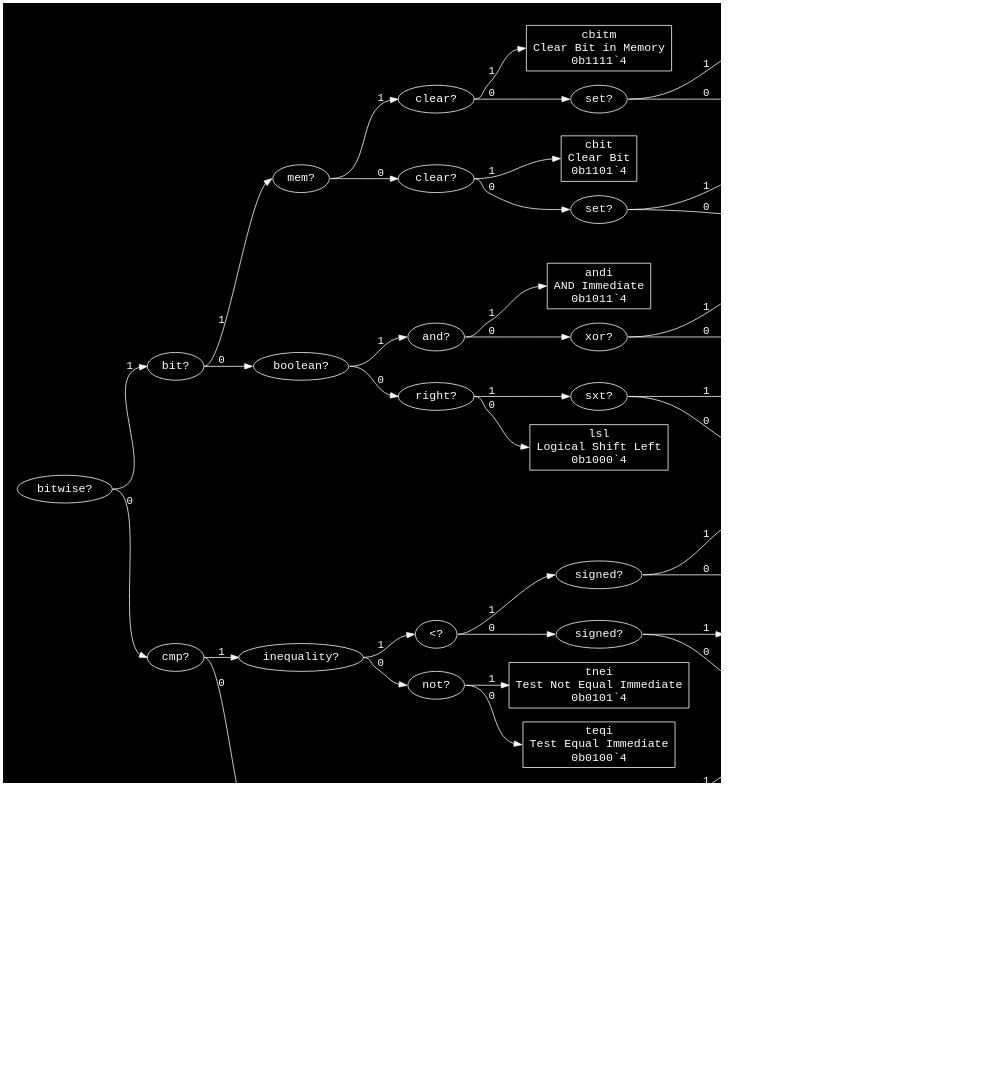
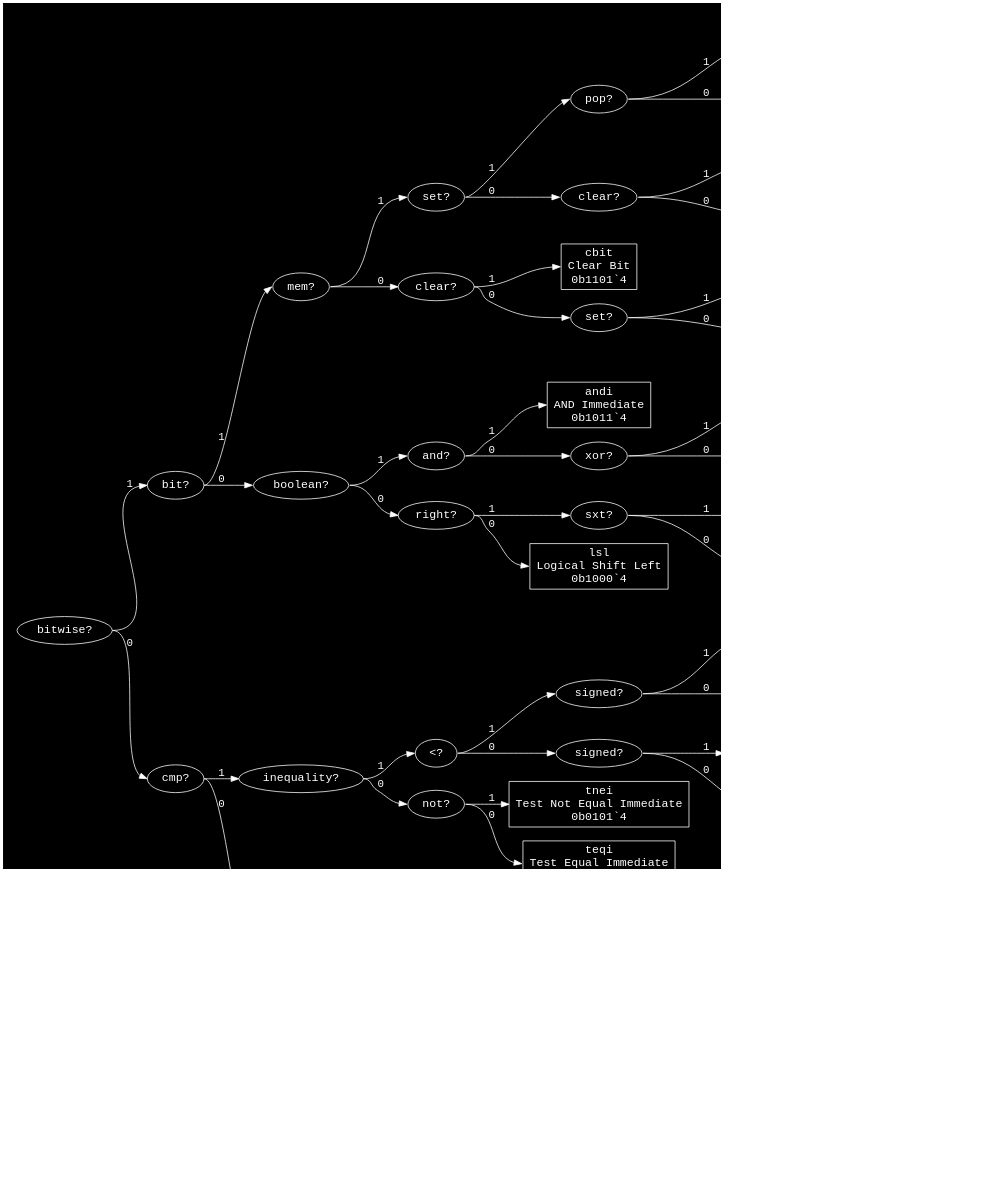
One commit to eignnx/SPRIND changed the diagram in assets/graphs/ri(1).dot. Above: the diagram before and after it, drawn with Graphviz. The commit also changed 12 other files, not shown here.

```diff
--- a/assets/graphs/ri(1).dot
+++ b/assets/graphs/ri(1).dot
@@ -1,102 +1,106 @@
 digraph "Format ri(1)" {
   graph [dpi = 100, bgcolor="#111", fontcolor="white", rankdir=LR, pad="0.25"];
   node [fontname = "Courier", fontsize="15pt", color="white", fontcolor="white"];
   edge [fontname = "Courier", color="white", fontcolor="white"];
-  "bitwise_6085629" [label = "bitwise?", shape = ellipse];
-  "bitwise_6085629":e -> "bit_11592273":w [label = "1"];
-  "bitwise_6085629":e -> "cmp_2275342":w [label = "0"];
-  "bit_11592273" [label = "bit?", shape = ellipse];
-  "bit_11592273":e -> "mem_8965213":w [label = "1"];
-  "bit_11592273":e -> "boolean_6191383":w [label = "0"];
-  "mem_8965213" [label = "mem?", shape = ellipse];
-  "mem_8965213":e -> "clear_3042620":w [label = "1"];
-  "mem_8965213":e -> "clear_7702689":w [label = "0"];
-  "clear_3042620" [label = "clear?", shape = ellipse];
-  "clear_3042620":e -> "cbitm_5508826":w [label = "1"];
-  "clear_3042620":e -> "set_7736431":w [label = "0"];
-  "cbitm_5508826" [label = "cbitm\nClear Bit in Memory\n0b1111`4", shape = rectangle];
-  "set_7736431" [label = "set?", shape = ellipse];
-  "set_7736431":e -> "sbitm_5512467":w [label = "1"];
-  "set_7736431":e -> "tbitm_12044071":w [label = "0"];
-  "sbitm_5512467" [label = "sbitm\nSet Bit in Memory\n0b11101`5", shape = rectangle];
+  "bitwise_16525024" [label = "bitwise?", shape = ellipse];
+  "bitwise_16525024":e -> "bit_9365926":w [label = "1"];
+  "bitwise_16525024":e -> "cmp_2275342":w [label = "0"];
+  "bit_9365926" [label = "bit?", shape = ellipse];
+  "bit_9365926":e -> "mem_4397512":w [label = "1"];
+  "bit_9365926":e -> "boolean_6191383":w [label = "0"];
+  "mem_4397512" [label = "mem?", shape = ellipse];
+  "mem_4397512":e -> "set_15936143":w [label = "1"];
+  "mem_4397512":e -> "clear_7702689":w [label = "0"];
+  "set_15936143" [label = "set?", shape = ellipse];
+  "set_15936143":e -> "pop_8405839":w [label = "1"];
+  "set_15936143":e -> "clear_15859074":w [label = "0"];
+  "pop_8405839" [label = "pop?", shape = ellipse];
+  "pop_8405839":e -> "tpopm_15576544":w [label = "1"];
+  "pop_8405839":e -> "sbitm_5512467":w [label = "0"];
+  "tpopm_15576544" [label = "tpopm\nPop Bit into Memory\n0b11111`5", shape = rectangle];
+  "sbitm_5512467" [label = "sbitm\nSet Bit in Memory\n0b11110`5", shape = rectangle];
+  "clear_15859074" [label = "clear?", shape = ellipse];
+  "clear_15859074":e -> "cbitm_5508826":w [label = "1"];
+  "clear_15859074":e -> "tbitm_12044071":w [label = "0"];
+  "cbitm_5508826" [label = "cbitm\nClear Bit in Memory\n0b11101`5", shape = rectangle];
   "tbitm_12044071" [label = "tbitm\nTest Bit in Memory\n0b11100`5", shape = rectangle];
   "clear_7702689" [label = "clear?", shape = ellipse];
   "clear_7702689":e -> "cbit_262815":w [label = "1"];
   "clear_7702689":e -> "set_10387925":w [label = "0"];
   "cbit_262815" [label = "cbit\nClear Bit\n0b1101`4", shape = rectangle];
   "set_10387925" [label = "set?", shape = ellipse];
   "set_10387925":e -> "sbit_16738776":w [label = "1"];
   "set_10387925":e -> "tbit_5372373":w [label = "0"];
   "sbit_16738776" [label = "sbit\nSet Bit\n0b11001`5", shape = rectangle];
   "tbit_5372373" [label = "tbit\nTest Bit\n0b11000`5", shape = rectangle];
   "boolean_6191383" [label = "boolean?", shape = ellipse];
   "boolean_6191383":e -> "and_9476752":w [label = "1"];
   "boolean_6191383":e -> "right_10240396":w [label = "0"];
   "and_9476752" [label = "and?", shape = ellipse];
   "and_9476752":e -> "andi_12159617":w [label = "1"];
   "and_9476752":e -> "xor_2651879":w [label = "0"];
   "andi_12159617" [label = "andi\nAND Immediate\n0b1011`4", shape = rectangle];
   "xor_2651879" [label = "xor?", shape = ellipse];
   "xor_2651879":e -> "xori_1004432":w [label = "1"];
   "xor_2651879":e -> "ori_10741780":w [label = "0"];
   "xori_1004432" [label = "xori\nXOR Immediate\n0b10101`5", shape = rectangle];
   "ori_10741780" [label = "ori\nOR Immediate\n0b10100`5", shape = rectangle];
   "right_10240396" [label = "right?", shape = ellipse];
   "right_10240396":e -> "sxt_3947393":w [label = "1"];
   "right_10240396":e -> "lsl_933506":w [label = "0"];
   "sxt_3947393" [label = "sxt?", shape = ellipse];
   "sxt_3947393":e -> "asr_4658712":w [label = "1"];
   "sxt_3947393":e -> "lsr_5551459":w [label = "0"];
   "asr_4658712" [label = "asr\nArithmetic Shift Right\n0b10011`5", shape = rectangle];
   "lsr_5551459" [label = "lsr\nLogical Shift Right\n0b10010`5", shape = rectangle];
   "lsl_933506" [label = "lsl\nLogical Shift Left\n0b1000`4", shape = rectangle];
   "cmp_2275342" [label = "cmp?", shape = ellipse];
   "cmp_2275342":e -> "inequality_5877276":w [label = "1"];
   "cmp_2275342":e -> "global_8409141":w [label = "0"];
   "inequality_5877276" [label = "inequality?", shape = ellipse];
   "inequality_5877276":e -> "<_1890235":w [label = "1"];
   "inequality_5877276":e -> "not_8792364":w [label = "0"];
   "<_1890235" [label = "<?", shape = ellipse];
   "<_1890235":e -> "signed_10531314":w [label = "1"];
   "<_1890235":e -> "signed_6217757":w [label = "0"];
   "signed_10531314" [label = "signed?", shape = ellipse];
   "signed_10531314":e -> "tli_650505":w [label = "1"];
   "signed_10531314":e -> "tbi_7859922":w [label = "0"];
   "tli_650505" [label = "tli\nTest Less-than Immediate\n0b01111`5", shape = rectangle];
   "tbi_7859922" [label = "tbi\nTest Below Immediate\n0b01110`5", shape = rectangle];
   "signed_6217757" [label = "signed?", shape = ellipse];
   "signed_6217757":e -> "tgei_4329480":w [label = "1"];
   "signed_6217757":e -> "taei_9511866":w [label = "0"];
   "tgei_4329480" [label = "tgei\nTest Greater-than or Equal Immediate\n0b01101`5", shape = rectangle];
   "taei_9511866" [label = "taei\nTest Above or Equal\n0b01100`5", shape = rectangle];
   "not_8792364" [label = "not?", shape = ellipse];
   "not_8792364":e -> "tnei_12469607":w [label = "1"];
   "not_8792364":e -> "teqi_10456661":w [label = "0"];
   "tnei_12469607" [label = "tnei\nTest Not Equal Immediate\n0b0101`4", shape = rectangle];
   "teqi_10456661" [label = "teqi\nTest Equal Immediate\n0b0100`4", shape = rectangle];
   "global_8409141" [label = "global?", shape = ellipse];
   "global_8409141":e -> "byte_11793580":w [label = "1"];
   "global_8409141":e -> "carry_3117734":w [label = "0"];
   "byte_11793580" [label = "byte?", shape = ellipse];
   "byte_11793580":e -> "load_4551929":w [label = "1"];
   "byte_11793580":e -> "load_470839":w [label = "0"];
   "load_4551929" [label = "load?", shape = ellipse];
   "load_4551929":e -> "lgb_856797":w [label = "1"];
   "load_4551929":e -> "sgb_13623431":w [label = "0"];
   "lgb_856797" [label = "lgb\nLoad Global Byte\n0b00111`5", shape = rectangle];
   "sgb_13623431" [label = "sgb\nStore Global Byte\n0b00110`5", shape = rectangle];
   "load_470839" [label = "load?", shape = ellipse];
   "load_470839":e -> "lgw_5872715":w [label = "1"];
   "load_470839":e -> "sgw_3934115":w [label = "0"];
   "lgw_5872715" [label = "lgw\nLoad Global Word\n0b00101`5", shape = rectangle];
   "sgw_3934115" [label = "sgw\nStore Global Word\n0b00100`5", shape = rectangle];
   "carry_3117734" [label = "carry?", shape = ellipse];
   "carry_3117734":e -> "add_2468223":w [label = "1"];
   "carry_3117734":e -> "addi_9690679":w [label = "0"];
   "add_2468223" [label = "add?", shape = ellipse];
   "add_2468223":e -> "addicy_12315327":w [label = "1"];
   "add_2468223":e -> "subicy_2944954":w [label = "0"];
   "addicy_12315327" [label = "addicy\nAdd Immediate with Carry\n0b00011`5", shape = rectangle];
   "subicy_2944954" [label = "subicy\nSubtract Immediate with Carry\n0b00010`5", shape = rectangle];
   "addi_9690679" [label = "addi\nAdd Immediate\n0b0000`4", shape = rectangle];
 }
```
